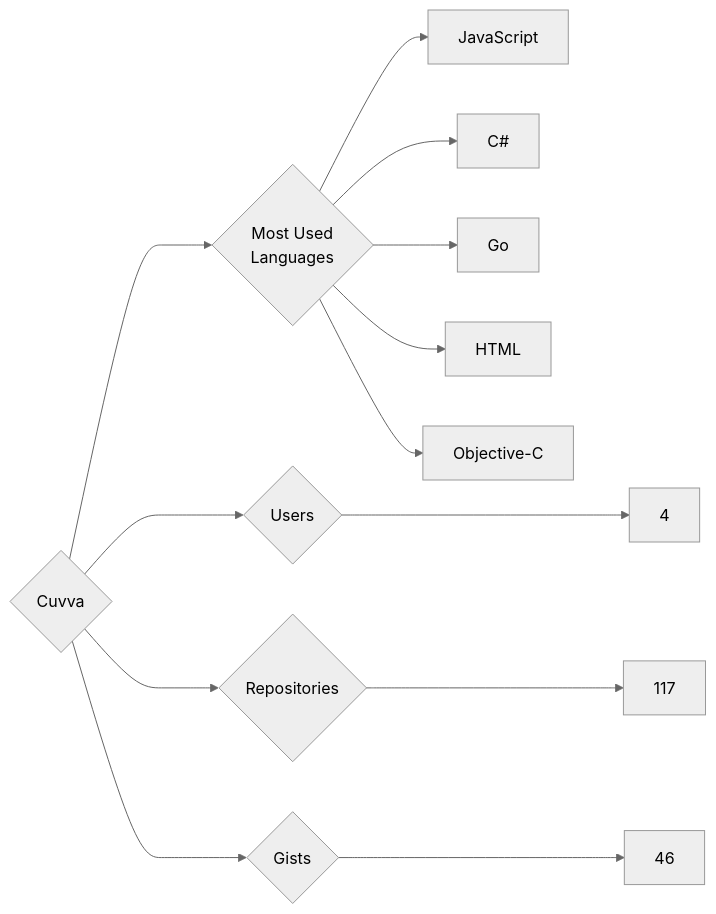
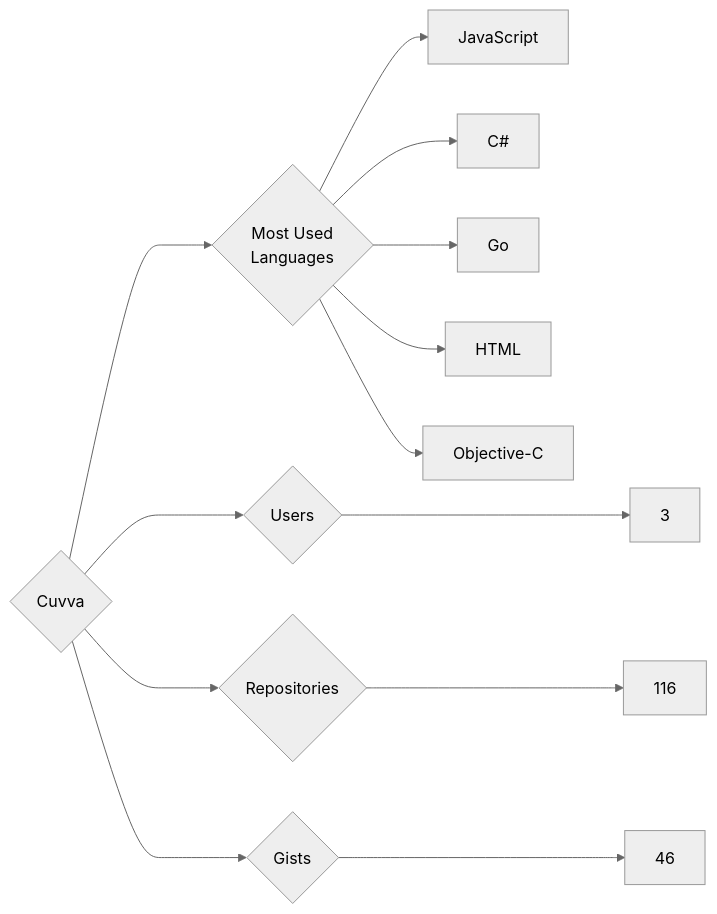
The diagram in targets/Cuvva/README.md (trickest/insiders), drawn with Mermaid (neutral theme) before and after one commit. The commit also changed 610 other files, not shown here.

````diff
--- a/targets/Cuvva/README.md
+++ b/targets/Cuvva/README.md
@@ -3,13 +3,13 @@
 ```mermaid
 graph LR
 COMPANY_NAME{Cuvva}
-COMPANY_NAME ---> U{Users} ---> UN[4]
-COMPANY_NAME ---> R{Repositories} ---> RN[117]
+COMPANY_NAME ---> U{Users} ---> UN[3]
+COMPANY_NAME ---> R{Repositories} ---> RN[116]
 COMPANY_NAME ---> G{Gists} ---> GN[46]
 COMPANY_NAME ---> ML{Most Used<br>Languages}
 ML --> JavaScript[JavaScript]
 ML --> C#[C#]
 ML --> Go[Go]
 ML --> HTML[HTML]
 ML --> Objective-C[Objective-C]
 ```
````
